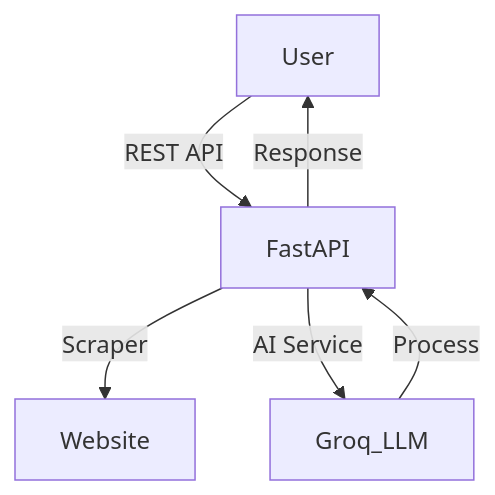
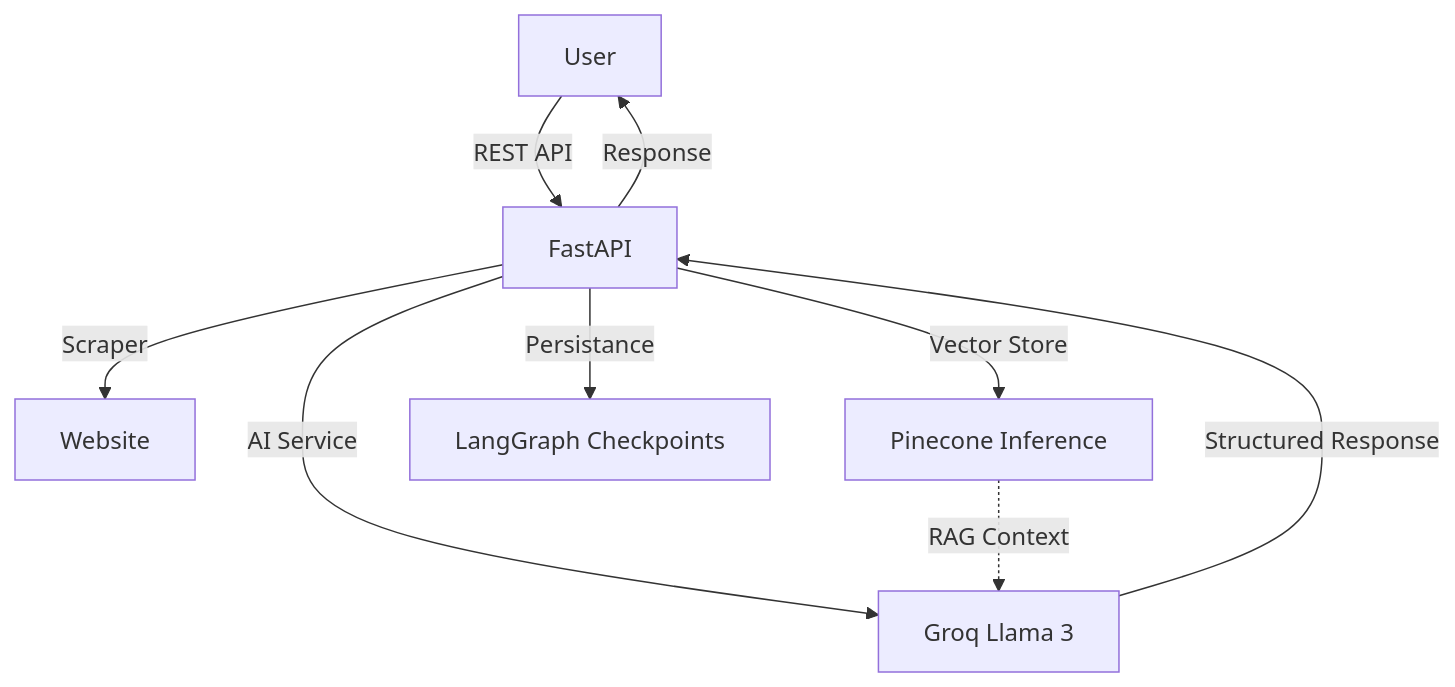
Before and after one commit to girirajbidwai/business-intelligence-ai: the diagram in README.md, drawn with Mermaid. The commit also changed other lines of this file and 2 other files, not shown here.

Commit message:
Enhance logging mechanism and update README for Pinecone integration

````diff
--- a/README.md
+++ b/README.md
@@ -14,8 +15,11 @@
 ```mermaid
 graph TD
     User-->|REST API| FastAPI
     FastAPI-->|Scraper| Website
-    FastAPI-->|AI Service| Groq_LLM
-    Groq_LLM-->|Process| FastAPI
+    FastAPI-->|Vector Store| Pinecone[Pinecone Inference]
+    FastAPI-->|AI Service| Groq[Groq Llama 3]
+    FastAPI-->|Persistance| SQLite[LangGraph Checkpoints]
+    Pinecone-.->|RAG Context| Groq
+    Groq-->|Structured Response| FastAPI
     FastAPI-->|Response| User
 ```
````
